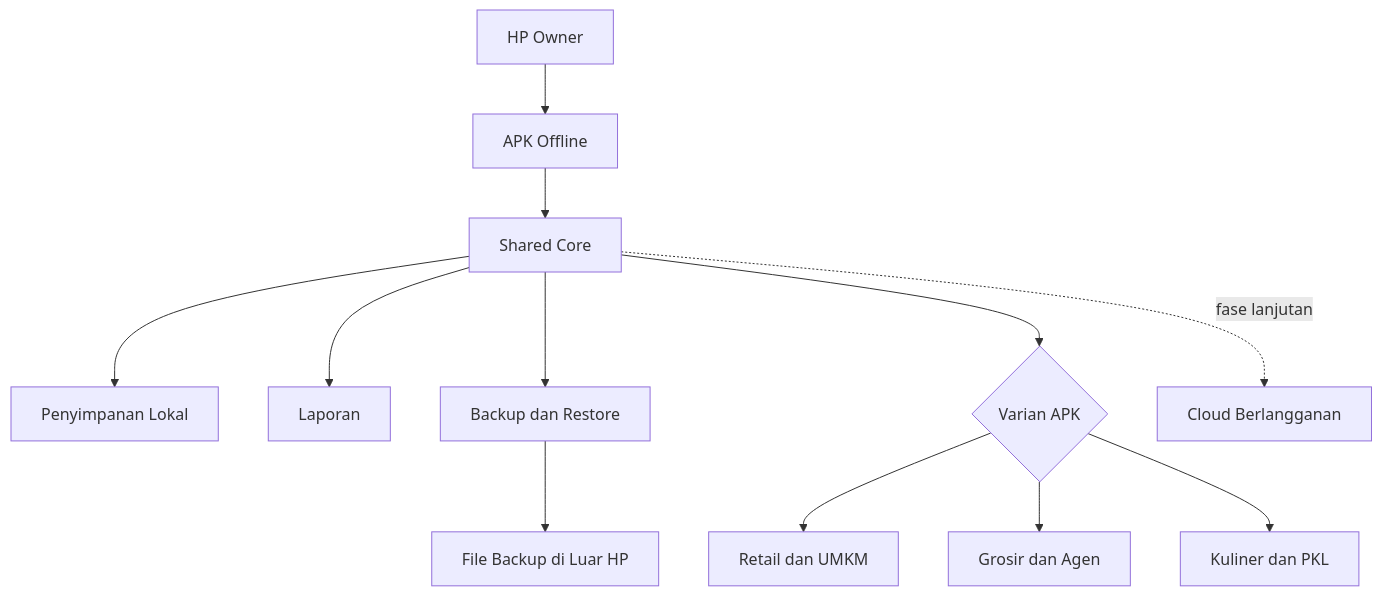
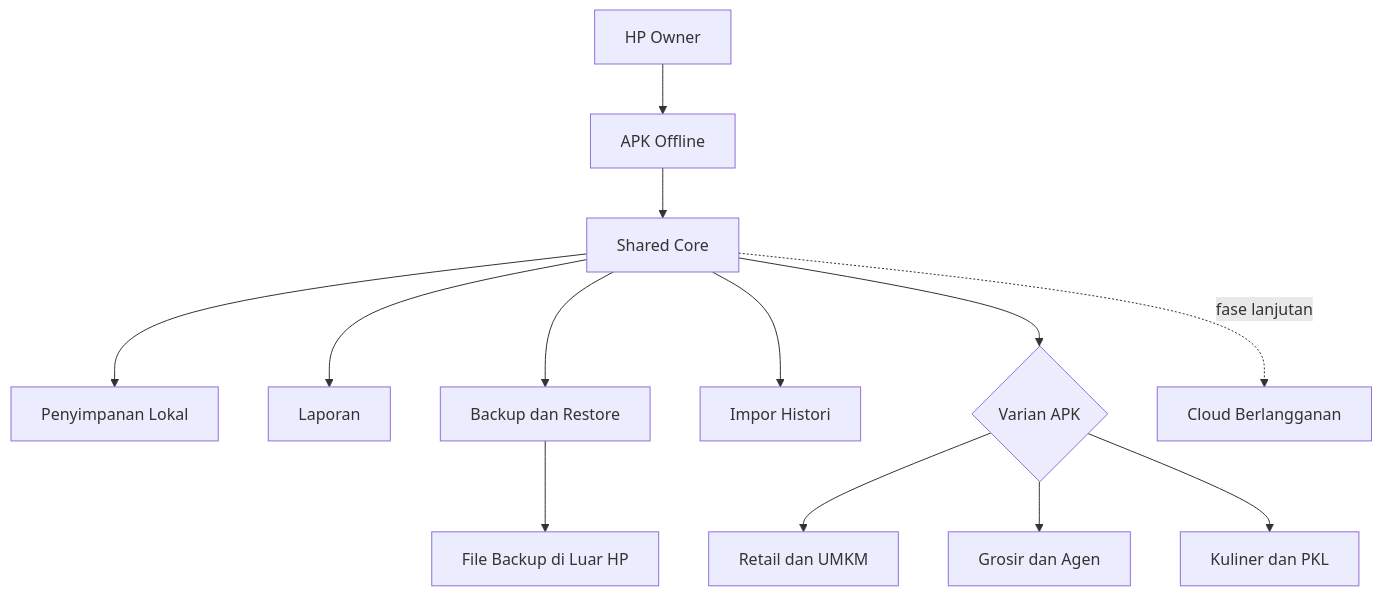
Before and after one commit to Luciansvon/APK-POS-CatatToko: the first of 3 diagrams in docs/ARCHITECTURE.md, drawn with Mermaid. The commit also changed other lines of this file and 31 other files, not shown here.

````diff
--- a/docs/ARCHITECTURE.md
+++ b/docs/ARCHITECTURE.md
@@ -36,14 +36,15 @@
 ```mermaid
 flowchart TD
     O["HP Owner"] --> A["APK Offline"]
     A --> C["Shared Core"]
     C --> D["Penyimpanan Lokal"]
     C --> R["Laporan"]
     C --> B["Backup dan Restore"]
+    C --> I["Impor Histori"]
     C --> V{"Varian APK"}
     V --> W["Retail dan UMKM"]
     V --> G["Grosir dan Agen"]
     V --> K["Kuliner dan PKL"]
     B --> F["File Backup di Luar HP"]
     C -. "fase lanjutan" .-> CL["Cloud Berlangganan"]
 ```
````
